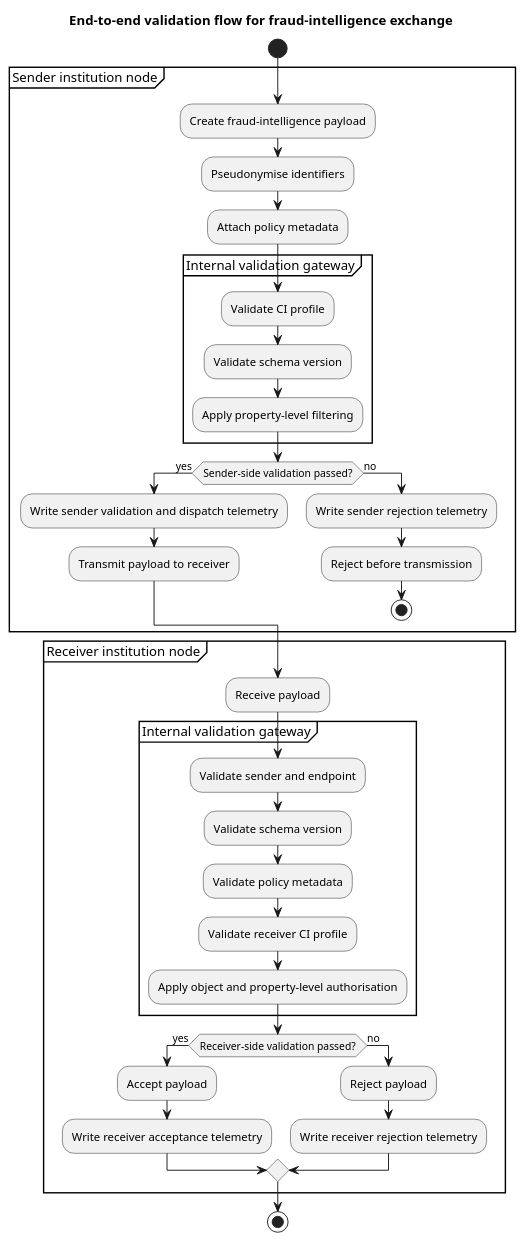
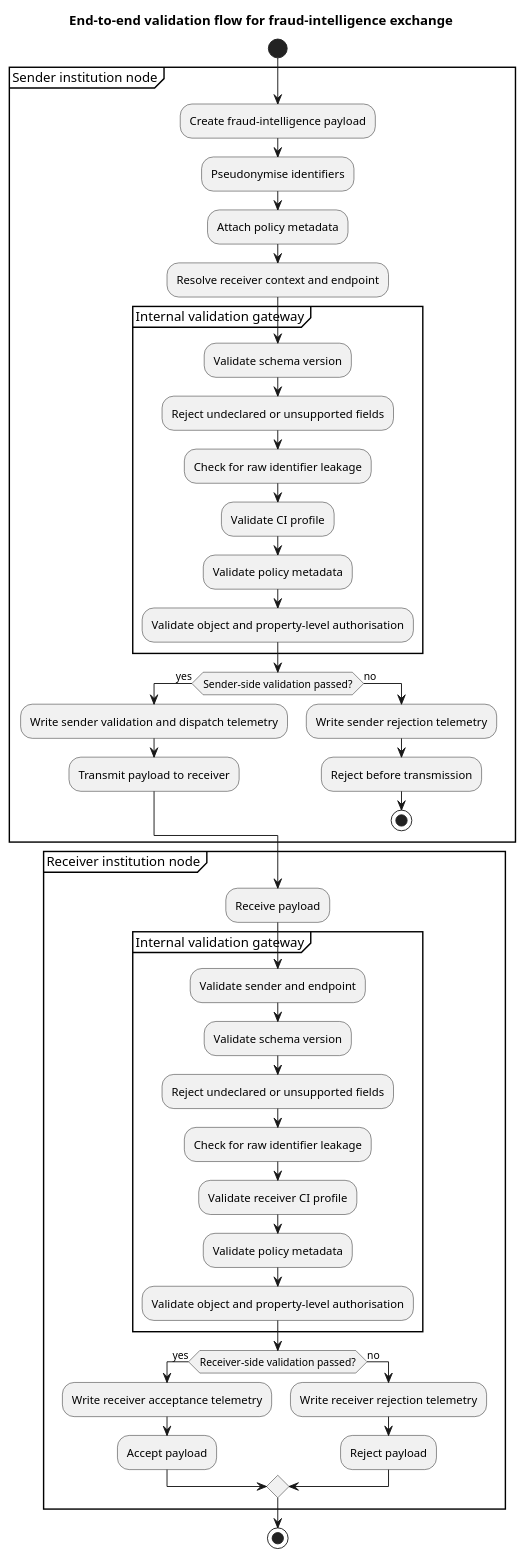
Before and after one commit to thegoodcrumpets/fraud-intelligence-sharing: the diagram in basic_architecture.puml, drawn with PlantUML.

Commit message:
updated architecture puml

```diff
--- a/basic_architecture.puml
+++ b/basic_architecture.puml
@@ -1,48 +1,54 @@
 @startuml
 title End-to-end validation flow for fraud-intelligence exchange
 
 start
 
 partition "Sender institution node" {
   :Create fraud-intelligence payload;
   :Pseudonymise identifiers;
   :Attach policy metadata;
+  :Resolve receiver context and endpoint;
 
   group "Internal validation gateway" {
+    :Validate schema version;
+    :Reject undeclared or unsupported fields;
+    :Check for raw identifier leakage;
     :Validate CI profile;
-    :Validate schema version;
-    :Apply property-level filtering;
+    :Validate policy metadata;
+    :Validate object and property-level authorisation;
   }
 
   if (Sender-side validation passed?) then (yes)
     :Write sender validation and dispatch telemetry;
     :Transmit payload to receiver;
   else (no)
     :Write sender rejection telemetry;
     :Reject before transmission;
     stop
   endif
 }
 
 partition "Receiver institution node" {
   :Receive payload;
 
   group "Internal validation gateway" {
     :Validate sender and endpoint;
     :Validate schema version;
+    :Reject undeclared or unsupported fields;
+    :Check for raw identifier leakage;
+    :Validate receiver CI profile;
     :Validate policy metadata;
-    :Validate receiver CI profile;
-    :Apply object and property-level authorisation;
+    :Validate object and property-level authorisation;
   }
 
   if (Receiver-side validation passed?) then (yes)
+    :Write receiver acceptance telemetry;
     :Accept payload;
-    :Write receiver acceptance telemetry;
   else (no)
+    :Write receiver rejection telemetry;
     :Reject payload;
-    :Write receiver rejection telemetry;
   endif
 }
 
 stop
 @enduml
```
